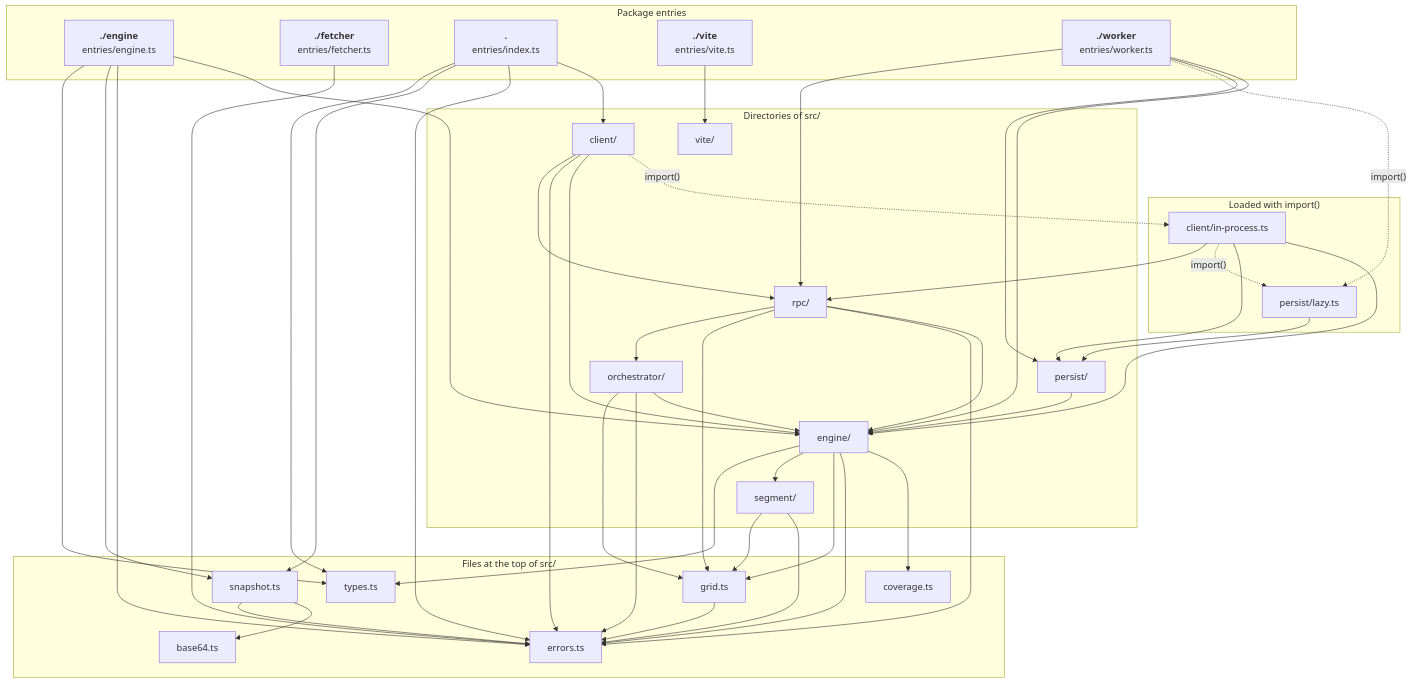
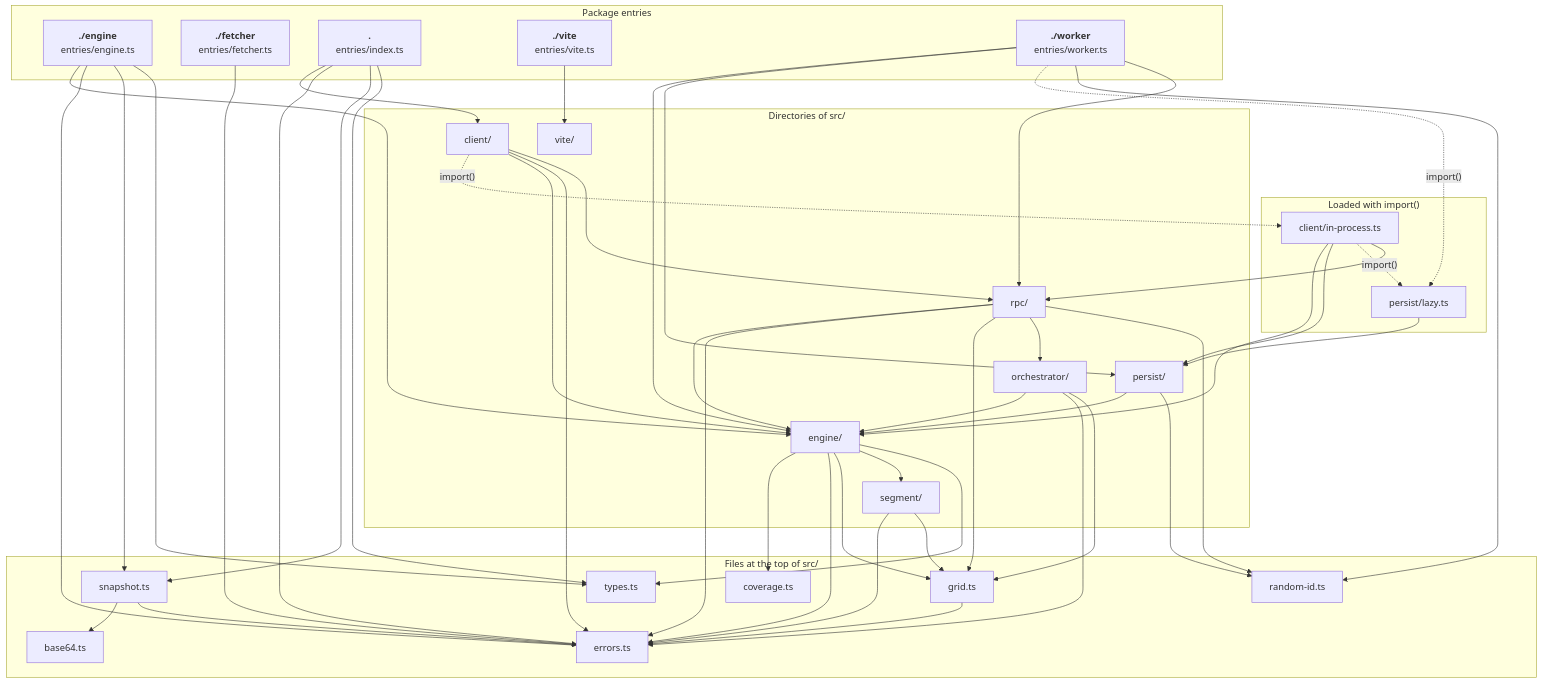
Before and after one commit to anishbenji/tscache: the diagram in site/how-it-works/package-map.md, drawn with Mermaid. The commit also changed other lines of this file and 16 other files, not shown here.

````diff
--- a/site/how-it-works/package-map.md
+++ b/site/how-it-works/package-map.md
@@ -37,72 +37,76 @@
 ```mermaid
 flowchart TB
   subgraph g_entry["Package entries"]
     n_entries_engine_ts["<b>./engine</b><br/>entries/engine.ts"]
     n_entries_fetcher_ts["<b>./fetcher</b><br/>entries/fetcher.ts"]
     n_entries_index_ts["<b>.</b><br/>entries/index.ts"]
     n_entries_vite_ts["<b>./vite</b><br/>entries/vite.ts"]
     n_entries_worker_ts["<b>./worker</b><br/>entries/worker.ts"]
   end
   subgraph g_chunk["Loaded with import()"]
     n_client_in_process_ts["client/in-process.ts"]
     n_persist_lazy_ts["persist/lazy.ts"]
   end
   subgraph g_dir["Directories of src/"]
     n_client_["client/"]
     n_engine_["engine/"]
     n_orchestrator_["orchestrator/"]
     n_persist_["persist/"]
     n_rpc_["rpc/"]
     n_segment_["segment/"]
     n_vite_["vite/"]
   end
   subgraph g_file["Files at the top of src/"]
     n_base64_ts["base64.ts"]
     n_coverage_ts["coverage.ts"]
     n_errors_ts["errors.ts"]
     n_grid_ts["grid.ts"]
+    n_random_id_ts["random-id.ts"]
     n_snapshot_ts["snapshot.ts"]
     n_types_ts["types.ts"]
   end
   n_client_ -. import() .-> n_client_in_process_ts
   n_client_ --> n_engine_
   n_client_ --> n_errors_ts
   n_client_ --> n_rpc_
   n_client_in_process_ts --> n_engine_
   n_client_in_process_ts --> n_persist_
   n_client_in_process_ts -. import() .-> n_persist_lazy_ts
   n_client_in_process_ts --> n_rpc_
   n_engine_ --> n_coverage_ts
   n_engine_ --> n_errors_ts
   n_engine_ --> n_grid_ts
   n_engine_ --> n_segment_
   n_engine_ --> n_types_ts
   n_entries_engine_ts --> n_engine_
   n_entries_engine_ts --> n_errors_ts
   n_entries_engine_ts --> n_snapshot_ts
   n_entries_engine_ts --> n_types_ts
   n_entries_fetcher_ts --> n_errors_ts
   n_entries_index_ts --> n_client_
   n_entries_index_ts --> n_errors_ts
   n_entries_index_ts --> n_snapshot_ts
   n_entries_index_ts --> n_types_ts
   n_entries_vite_ts --> n_vite_
   n_entries_worker_ts --> n_engine_
   n_entries_worker_ts --> n_persist_
   n_entries_worker_ts -. import() .-> n_persist_lazy_ts
+  n_entries_worker_ts --> n_random_id_ts
   n_entries_worker_ts --> n_rpc_
   n_grid_ts --> n_errors_ts
   n_orchestrator_ --> n_engine_
   n_orchestrator_ --> n_errors_ts
   n_orchestrator_ --> n_grid_ts
   n_persist_ --> n_engine_
+  n_persist_ --> n_random_id_ts
   n_persist_lazy_ts --> n_persist_
   n_rpc_ --> n_engine_
   n_rpc_ --> n_errors_ts
   n_rpc_ --> n_grid_ts
   n_rpc_ --> n_orchestrator_
+  n_rpc_ --> n_random_id_ts
   n_segment_ --> n_errors_ts
   n_segment_ --> n_grid_ts
   n_snapshot_ts --> n_base64_ts
   n_snapshot_ts --> n_errors_ts
 ```
````
